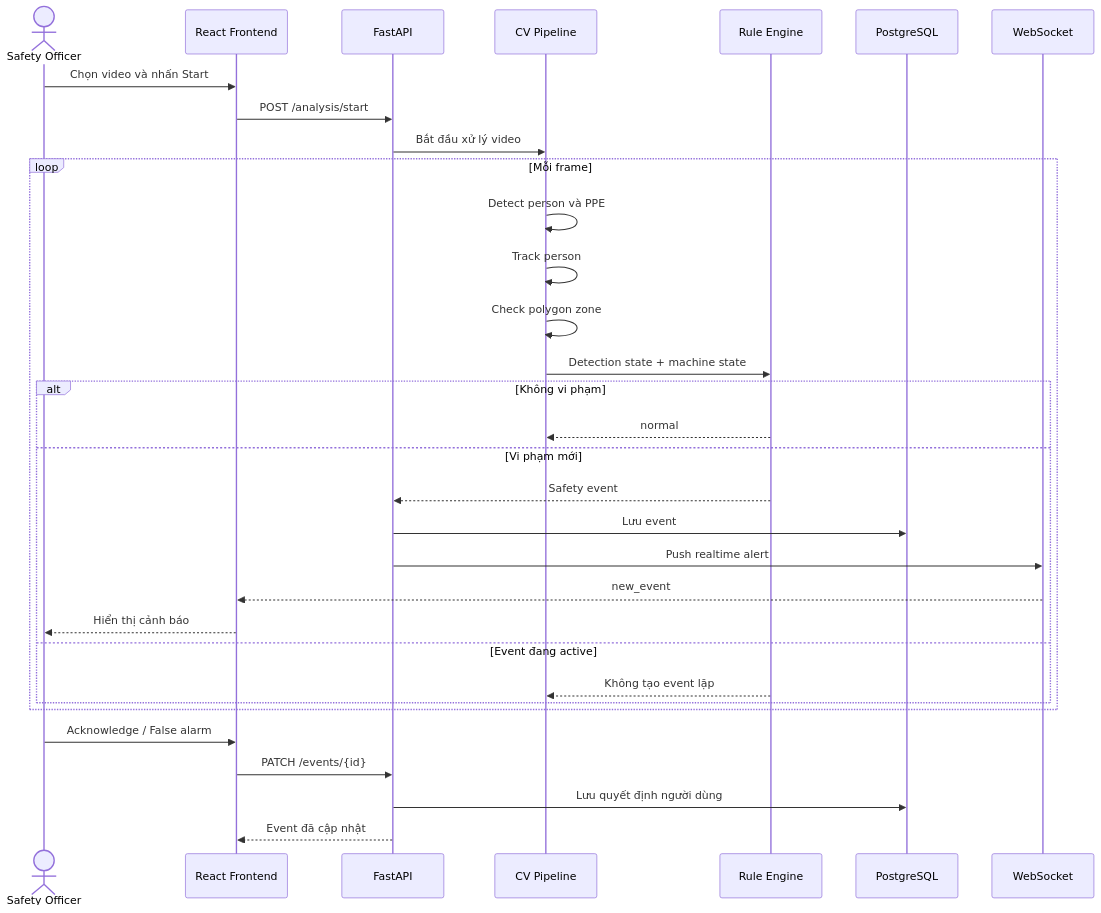
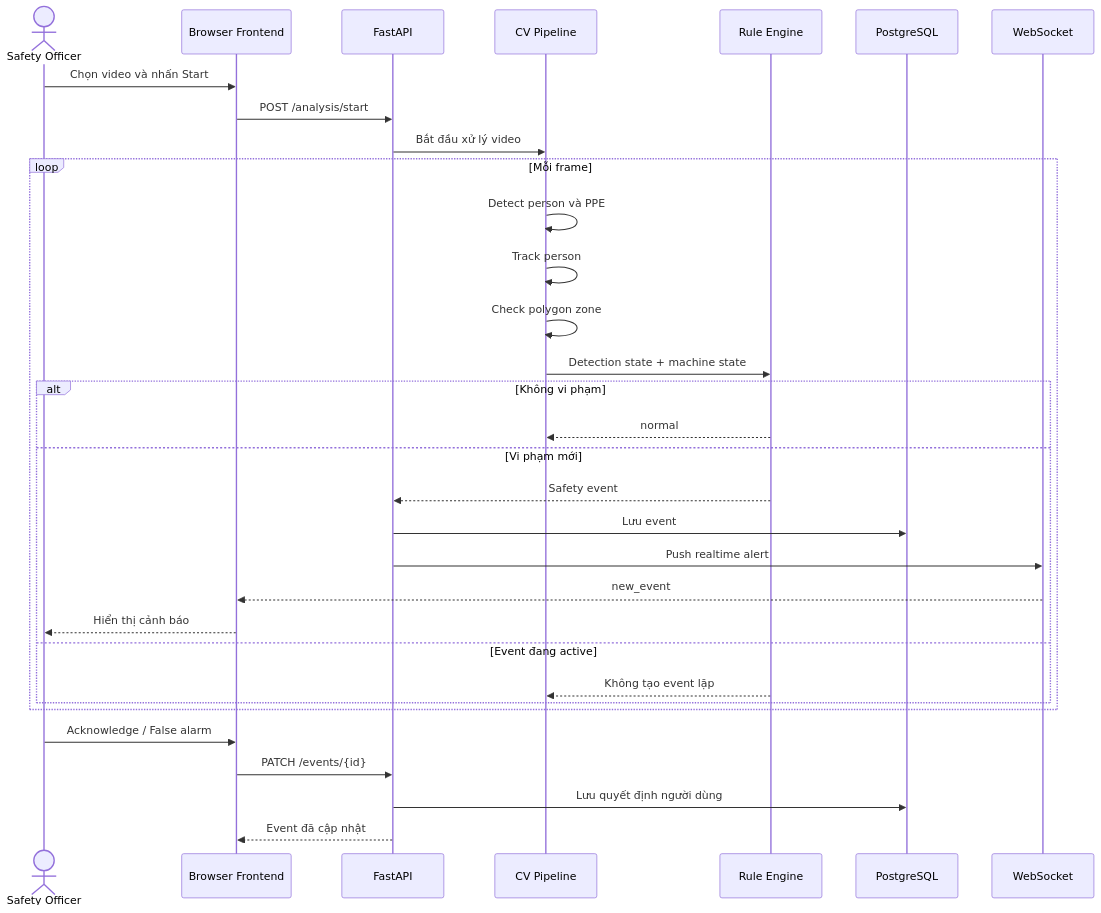
Before and after one commit to NguyenNhat4/Sentiel-safety-intelligent: the second of 2 diagrams in ARCHITECTURE.md, drawn with Mermaid. The commit also changed other lines of this file and 28 other files, not shown here.

````diff
--- a/ARCHITECTURE.md
+++ b/ARCHITECTURE.md
@@ -38,38 +38,38 @@
 ```mermaid
 sequenceDiagram
     actor User as Safety Officer
-    participant UI as React Frontend
+    participant UI as Browser Frontend
     participant API as FastAPI
     participant CV as CV Pipeline
     participant Rules as Rule Engine
     participant DB as PostgreSQL
     participant WS as WebSocket
 
     User->>UI: Chọn video và nhấn Start
     UI->>API: POST /analysis/start
     API->>CV: Bắt đầu xử lý video
 
     loop Mỗi frame
         CV->>CV: Detect person và PPE
         CV->>CV: Track person
         CV->>CV: Check polygon zone
         CV->>Rules: Detection state + machine state
 
         alt Không vi phạm
             Rules-->>CV: normal
         else Vi phạm mới
             Rules-->>API: Safety event
             API->>DB: Lưu event
             API->>WS: Push realtime alert
             WS-->>UI: new_event
             UI-->>User: Hiển thị cảnh báo
         else Event đang active
             Rules-->>CV: Không tạo event lặp
         end
     end
 
     User->>UI: Acknowledge / False alarm
     UI->>API: PATCH /events/{id}
     API->>DB: Lưu quyết định người dùng
     API-->>UI: Event đã cập nhật
 ```
````
